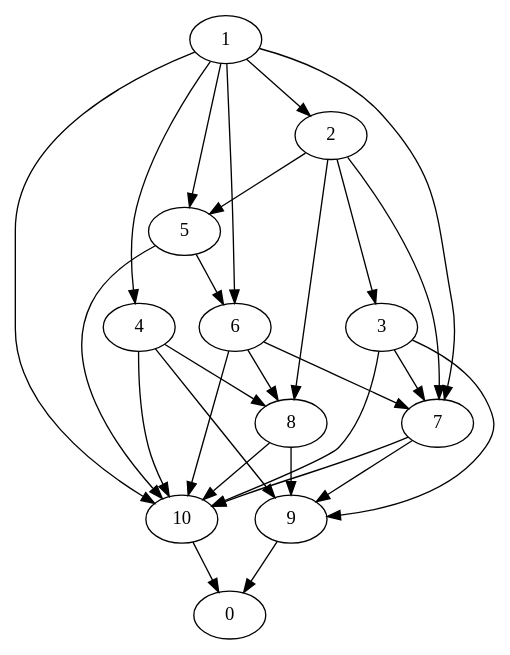
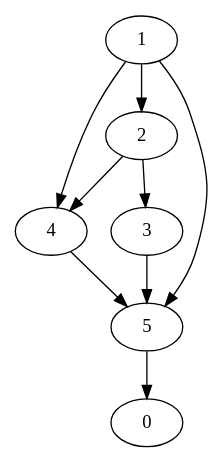
One commit to chetan-anand/btp changed the diagram in graph1.gv. Above: the diagram before and after it, drawn with Graphviz. The commit also changed 4 other files, not shown here.

```diff
--- a/graph1.gv
+++ b/graph1.gv
@@ -1,29 +1,10 @@
 digraph G {
 1->2
 1->4
 1->5
-1->6
-1->7
-1->10
 2->3
-2->5
-2->7
-2->8
-3->7
-3->9
-3->10
-4->8
-4->9
-4->10
-5->6
-5->10
-6->7
-6->8
-6->10
-7->9
-7->10
-8->9
-8->10
-9->0
-10->0
+2->4
+3->5
+4->5
+5->0
 }
```
